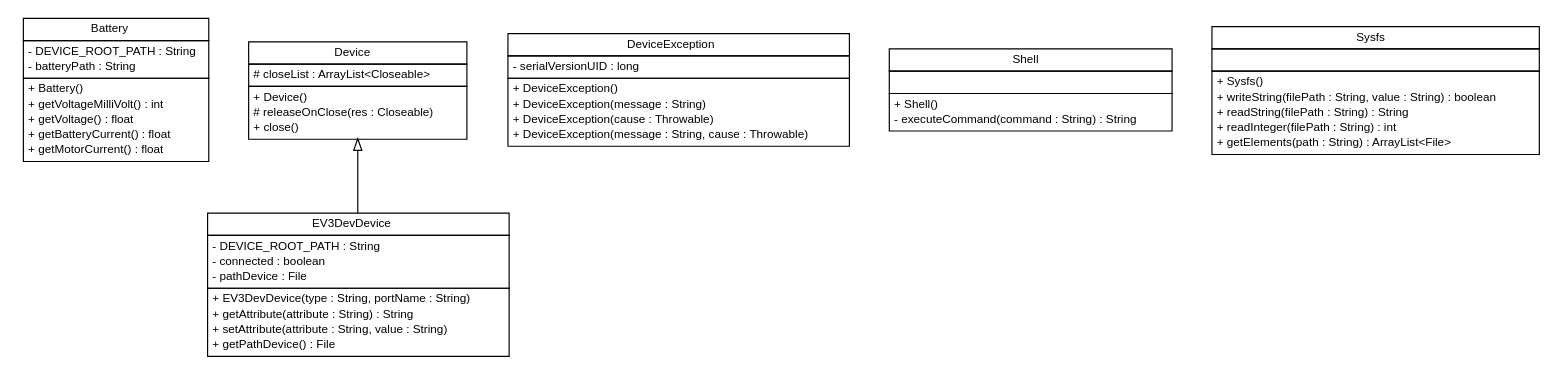
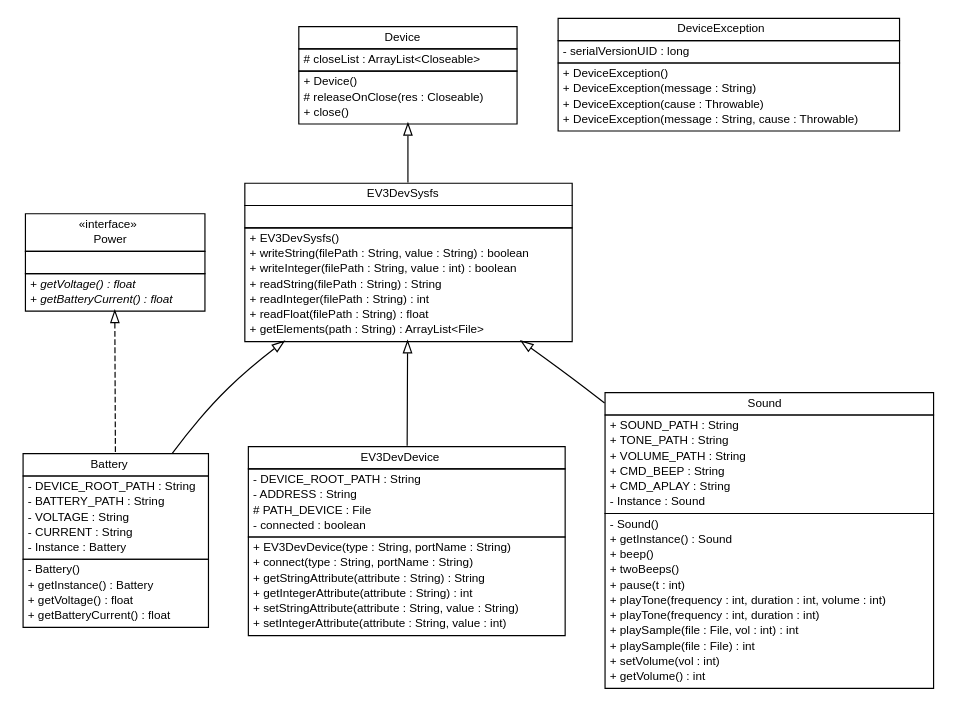
The diagram in docs/api/ev3dev/hardware/ev3dev.hardware.dot (DMyTryC/ev3dev-lang-java), drawn with Graphviz before and after one commit. The commit also changed 477 other files, not shown here.

```diff
--- a/docs/api/ev3dev/hardware/ev3dev.hardware.dot
+++ b/docs/api/ev3dev/hardware/ev3dev.hardware.dot
@@ -1,106 +1,149 @@
 #!/usr/local/bin/dot
 #
 # Class diagram 
 # Generated by UMLGraph version R5_6-24-gf6e263 (http://www.umlgraph.org/)
 #
 
 digraph G {
 	edge [fontname="Helvetica",fontsize=10,labelfontname="Helvetica",labelfontsize=10];
 	node [fontname="Helvetica",fontsize=10,shape=plaintext];
 	nodesep=0.25;
 	ranksep=0.5;
 	// ev3dev.hardware.Battery
-	c0 [label=<<table title="ev3dev.hardware.Battery" border="0" cellborder="1" cellspacing="0" cellpadding="2" port="p" href="./Battery.html">
+	c74 [label=<<table title="ev3dev.hardware.Battery" border="0" cellborder="1" cellspacing="0" cellpadding="2" port="p" href="./Battery.html">
 		<tr><td><table border="0" cellspacing="0" cellpadding="1">
 <tr><td align="center" balign="center"> Battery </td></tr>
 		</table></td></tr>
 		<tr><td><table border="0" cellspacing="0" cellpadding="1">
 <tr><td align="left" balign="left"> - DEVICE_ROOT_PATH : String </td></tr>
-<tr><td align="left" balign="left"> - batteryPath : String </td></tr>
+<tr><td align="left" balign="left"> - BATTERY_PATH : String </td></tr>
+<tr><td align="left" balign="left"> - VOLTAGE : String </td></tr>
+<tr><td align="left" balign="left"> - CURRENT : String </td></tr>
+<tr><td align="left" balign="left"> - Instance : Battery </td></tr>
 		</table></td></tr>
 		<tr><td><table border="0" cellspacing="0" cellpadding="1">
-<tr><td align="left" balign="left"> + Battery() </td></tr>
-<tr><td align="left" balign="left"> + getVoltageMilliVolt() : int </td></tr>
+<tr><td align="left" balign="left"> - Battery() </td></tr>
+<tr><td align="left" balign="left"> + getInstance() : Battery </td></tr>
 <tr><td align="left" balign="left"> + getVoltage() : float </td></tr>
 <tr><td align="left" balign="left"> + getBatteryCurrent() : float </td></tr>
-<tr><td align="left" balign="left"> + getMotorCurrent() : float </td></tr>
 		</table></td></tr>
 		</table>>, URL="./Battery.html", fontname="Helvetica", fontcolor="black", fontsize=10.0];
 	// ev3dev.hardware.Device
-	c1 [label=<<table title="ev3dev.hardware.Device" border="0" cellborder="1" cellspacing="0" cellpadding="2" port="p" href="./Device.html">
+	c75 [label=<<table title="ev3dev.hardware.Device" border="0" cellborder="1" cellspacing="0" cellpadding="2" port="p" href="./Device.html">
 		<tr><td><table border="0" cellspacing="0" cellpadding="1">
 <tr><td align="center" balign="center"> Device </td></tr>
 		</table></td></tr>
 		<tr><td><table border="0" cellspacing="0" cellpadding="1">
 <tr><td align="left" balign="left"> # closeList : ArrayList&lt;Closeable&gt; </td></tr>
 		</table></td></tr>
 		<tr><td><table border="0" cellspacing="0" cellpadding="1">
 <tr><td align="left" balign="left"> + Device() </td></tr>
 <tr><td align="left" balign="left"> # releaseOnClose(res : Closeable) </td></tr>
 <tr><td align="left" balign="left"> + close() </td></tr>
 		</table></td></tr>
 		</table>>, URL="./Device.html", fontname="Helvetica", fontcolor="black", fontsize=10.0];
 	// ev3dev.hardware.DeviceException
-	c2 [label=<<table title="ev3dev.hardware.DeviceException" border="0" cellborder="1" cellspacing="0" cellpadding="2" port="p" href="./DeviceException.html">
+	c76 [label=<<table title="ev3dev.hardware.DeviceException" border="0" cellborder="1" cellspacing="0" cellpadding="2" port="p" href="./DeviceException.html">
 		<tr><td><table border="0" cellspacing="0" cellpadding="1">
 <tr><td align="center" balign="center"> DeviceException </td></tr>
 		</table></td></tr>
 		<tr><td><table border="0" cellspacing="0" cellpadding="1">
 <tr><td align="left" balign="left"> - serialVersionUID : long </td></tr>
 		</table></td></tr>
 		<tr><td><table border="0" cellspacing="0" cellpadding="1">
 <tr><td align="left" balign="left"> + DeviceException() </td></tr>
 <tr><td align="left" balign="left"> + DeviceException(message : String) </td></tr>
 <tr><td align="left" balign="left"> + DeviceException(cause : Throwable) </td></tr>
 <tr><td align="left" balign="left"> + DeviceException(message : String, cause : Throwable) </td></tr>
 		</table></td></tr>
 		</table>>, URL="./DeviceException.html", fontname="Helvetica", fontcolor="black", fontsize=10.0];
 	// ev3dev.hardware.EV3DevDevice
-	c3 [label=<<table title="ev3dev.hardware.EV3DevDevice" border="0" cellborder="1" cellspacing="0" cellpadding="2" port="p" href="./EV3DevDevice.html">
+	c77 [label=<<table title="ev3dev.hardware.EV3DevDevice" border="0" cellborder="1" cellspacing="0" cellpadding="2" port="p" href="./EV3DevDevice.html">
 		<tr><td><table border="0" cellspacing="0" cellpadding="1">
 <tr><td align="center" balign="center"> EV3DevDevice </td></tr>
 		</table></td></tr>
 		<tr><td><table border="0" cellspacing="0" cellpadding="1">
 <tr><td align="left" balign="left"> - DEVICE_ROOT_PATH : String </td></tr>
+<tr><td align="left" balign="left"> - ADDRESS : String </td></tr>
+<tr><td align="left" balign="left"> # PATH_DEVICE : File </td></tr>
 <tr><td align="left" balign="left"> - connected : boolean </td></tr>
-<tr><td align="left" balign="left"> - pathDevice : File </td></tr>
 		</table></td></tr>
 		<tr><td><table border="0" cellspacing="0" cellpadding="1">
 <tr><td align="left" balign="left"> + EV3DevDevice(type : String, portName : String) </td></tr>
-<tr><td align="left" balign="left"> + getAttribute(attribute : String) : String </td></tr>
-<tr><td align="left" balign="left"> + setAttribute(attribute : String, value : String) </td></tr>
-<tr><td align="left" balign="left"> + getPathDevice() : File </td></tr>
+<tr><td align="left" balign="left"> + connect(type : String, portName : String) </td></tr>
+<tr><td align="left" balign="left"> + getStringAttribute(attribute : String) : String </td></tr>
+<tr><td align="left" balign="left"> + getIntegerAttribute(attribute : String) : int </td></tr>
+<tr><td align="left" balign="left"> + setStringAttribute(attribute : String, value : String) </td></tr>
+<tr><td align="left" balign="left"> + setIntegerAttribute(attribute : String, value : int) </td></tr>
 		</table></td></tr>
 		</table>>, URL="./EV3DevDevice.html", fontname="Helvetica", fontcolor="black", fontsize=10.0];
-	// ev3dev.hardware.Shell
-	c4 [label=<<table title="ev3dev.hardware.Shell" border="0" cellborder="1" cellspacing="0" cellpadding="2" port="p" href="./Shell.html">
+	// ev3dev.hardware.EV3DevSysfs
+	c78 [label=<<table title="ev3dev.hardware.EV3DevSysfs" border="0" cellborder="1" cellspacing="0" cellpadding="2" port="p" href="./EV3DevSysfs.html">
 		<tr><td><table border="0" cellspacing="0" cellpadding="1">
-<tr><td align="center" balign="center"> Shell </td></tr>
+<tr><td align="center" balign="center"> EV3DevSysfs </td></tr>
 		</table></td></tr>
 		<tr><td><table border="0" cellspacing="0" cellpadding="1">
 <tr><td align="left" balign="left">  </td></tr>
 		</table></td></tr>
 		<tr><td><table border="0" cellspacing="0" cellpadding="1">
-<tr><td align="left" balign="left"> + Shell() </td></tr>
-<tr><td align="left" balign="left"> - executeCommand(command : String) : String </td></tr>
+<tr><td align="left" balign="left"> + EV3DevSysfs() </td></tr>
+<tr><td align="left" balign="left"> + writeString(filePath : String, value : String) : boolean </td></tr>
+<tr><td align="left" balign="left"> + writeInteger(filePath : String, value : int) : boolean </td></tr>
+<tr><td align="left" balign="left"> + readString(filePath : String) : String </td></tr>
+<tr><td align="left" balign="left"> + readInteger(filePath : String) : int </td></tr>
+<tr><td align="left" balign="left"> + readFloat(filePath : String) : float </td></tr>
+<tr><td align="left" balign="left"> + getElements(path : String) : ArrayList&lt;File&gt; </td></tr>
 		</table></td></tr>
-		</table>>, URL="./Shell.html", fontname="Helvetica", fontcolor="black", fontsize=10.0];
-	// ev3dev.hardware.Sysfs
-	c5 [label=<<table title="ev3dev.hardware.Sysfs" border="0" cellborder="1" cellspacing="0" cellpadding="2" port="p" href="./Sysfs.html">
+		</table>>, URL="./EV3DevSysfs.html", fontname="Helvetica", fontcolor="black", fontsize=10.0];
+	// ev3dev.hardware.Power
+	c79 [label=<<table title="ev3dev.hardware.Power" border="0" cellborder="1" cellspacing="0" cellpadding="2" port="p" href="./Power.html">
 		<tr><td><table border="0" cellspacing="0" cellpadding="1">
-<tr><td align="center" balign="center"> Sysfs </td></tr>
+<tr><td align="center" balign="center"> &#171;interface&#187; </td></tr>
+<tr><td align="center" balign="center"> Power </td></tr>
 		</table></td></tr>
 		<tr><td><table border="0" cellspacing="0" cellpadding="1">
 <tr><td align="left" balign="left">  </td></tr>
 		</table></td></tr>
 		<tr><td><table border="0" cellspacing="0" cellpadding="1">
-<tr><td align="left" balign="left"> + Sysfs() </td></tr>
-<tr><td align="left" balign="left"> + writeString(filePath : String, value : String) : boolean </td></tr>
-<tr><td align="left" balign="left"> + readString(filePath : String) : String </td></tr>
-<tr><td align="left" balign="left"> + readInteger(filePath : String) : int </td></tr>
-<tr><td align="left" balign="left"> + getElements(path : String) : ArrayList&lt;File&gt; </td></tr>
+<tr><td align="left" balign="left"><font face="Helvetica-Oblique" point-size="10.0"> + getVoltage() : float </font></td></tr>
+<tr><td align="left" balign="left"><font face="Helvetica-Oblique" point-size="10.0"> + getBatteryCurrent() : float </font></td></tr>
 		</table></td></tr>
-		</table>>, URL="./Sysfs.html", fontname="Helvetica", fontcolor="black", fontsize=10.0];
-	//ev3dev.hardware.EV3DevDevice extends ev3dev.hardware.Device
-	c1:p -> c3:p [dir=back,arrowtail=empty];
+		</table>>, URL="./Power.html", fontname="Helvetica", fontcolor="black", fontsize=10.0];
+	// ev3dev.hardware.Sound
+	c80 [label=<<table title="ev3dev.hardware.Sound" border="0" cellborder="1" cellspacing="0" cellpadding="2" port="p" href="./Sound.html">
+		<tr><td><table border="0" cellspacing="0" cellpadding="1">
+<tr><td align="center" balign="center"> Sound </td></tr>
+		</table></td></tr>
+		<tr><td><table border="0" cellspacing="0" cellpadding="1">
+<tr><td align="left" balign="left"> + SOUND_PATH : String </td></tr>
+<tr><td align="left" balign="left"> + TONE_PATH : String </td></tr>
+<tr><td align="left" balign="left"> + VOLUME_PATH : String </td></tr>
+<tr><td align="left" balign="left"> + CMD_BEEP : String </td></tr>
+<tr><td align="left" balign="left"> + CMD_APLAY : String </td></tr>
+<tr><td align="left" balign="left"> - Instance : Sound </td></tr>
+		</table></td></tr>
+		<tr><td><table border="0" cellspacing="0" cellpadding="1">
+<tr><td align="left" balign="left"> - Sound() </td></tr>
+<tr><td align="left" balign="left"> + getInstance() : Sound </td></tr>
+<tr><td align="left" balign="left"> + beep() </td></tr>
+<tr><td align="left" balign="left"> + twoBeeps() </td></tr>
+<tr><td align="left" balign="left"> + pause(t : int) </td></tr>
+<tr><td align="left" balign="left"> + playTone(frequency : int, duration : int, volume : int) </td></tr>
+<tr><td align="left" balign="left"> + playTone(frequency : int, duration : int) </td></tr>
+<tr><td align="left" balign="left"> + playSample(file : File, vol : int) : int </td></tr>
+<tr><td align="left" balign="left"> + playSample(file : File) : int </td></tr>
+<tr><td align="left" balign="left"> + setVolume(vol : int) </td></tr>
+<tr><td align="left" balign="left"> + getVolume() : int </td></tr>
+		</table></td></tr>
+		</table>>, URL="./Sound.html", fontname="Helvetica", fontcolor="black", fontsize=10.0];
+	//ev3dev.hardware.Battery extends ev3dev.hardware.EV3DevSysfs
+	c78:p -> c74:p [dir=back,arrowtail=empty];
+	//ev3dev.hardware.Battery implements ev3dev.hardware.Power
+	c79:p -> c74:p [dir=back,arrowtail=empty,style=dashed];
+	//ev3dev.hardware.EV3DevDevice extends ev3dev.hardware.EV3DevSysfs
+	c78:p -> c77:p [dir=back,arrowtail=empty];
+	//ev3dev.hardware.EV3DevSysfs extends ev3dev.hardware.Device
+	c75:p -> c78:p [dir=back,arrowtail=empty];
+	//ev3dev.hardware.Sound extends ev3dev.hardware.EV3DevSysfs
+	c78:p -> c80:p [dir=back,arrowtail=empty];
 }
```
